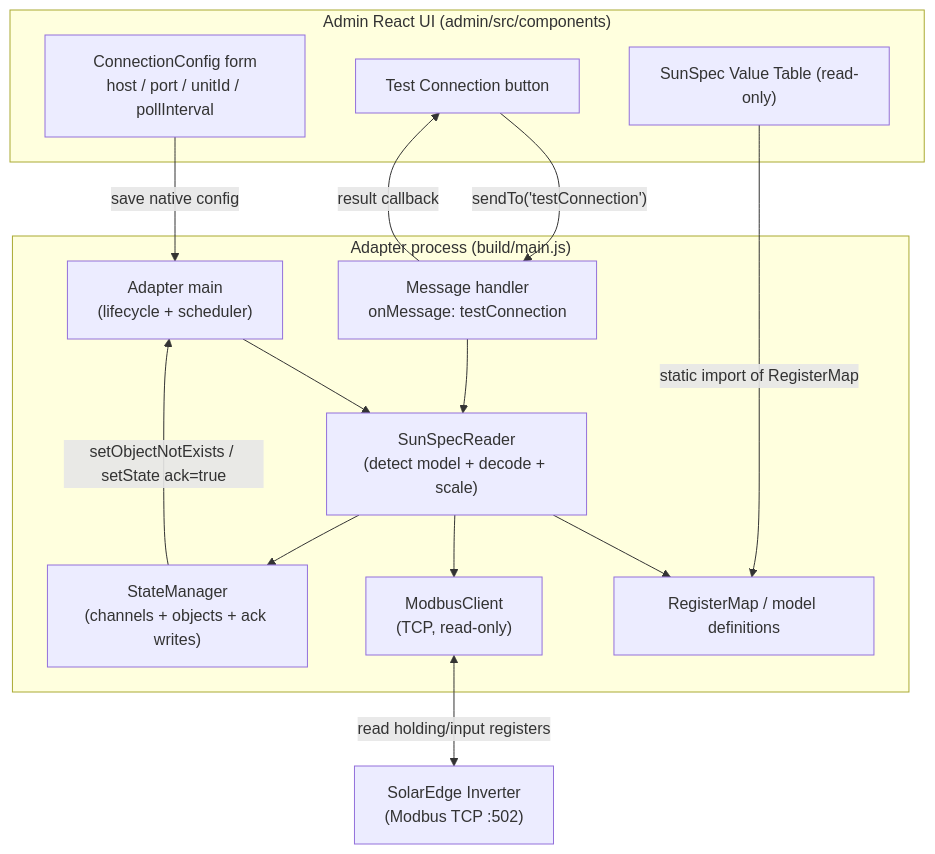
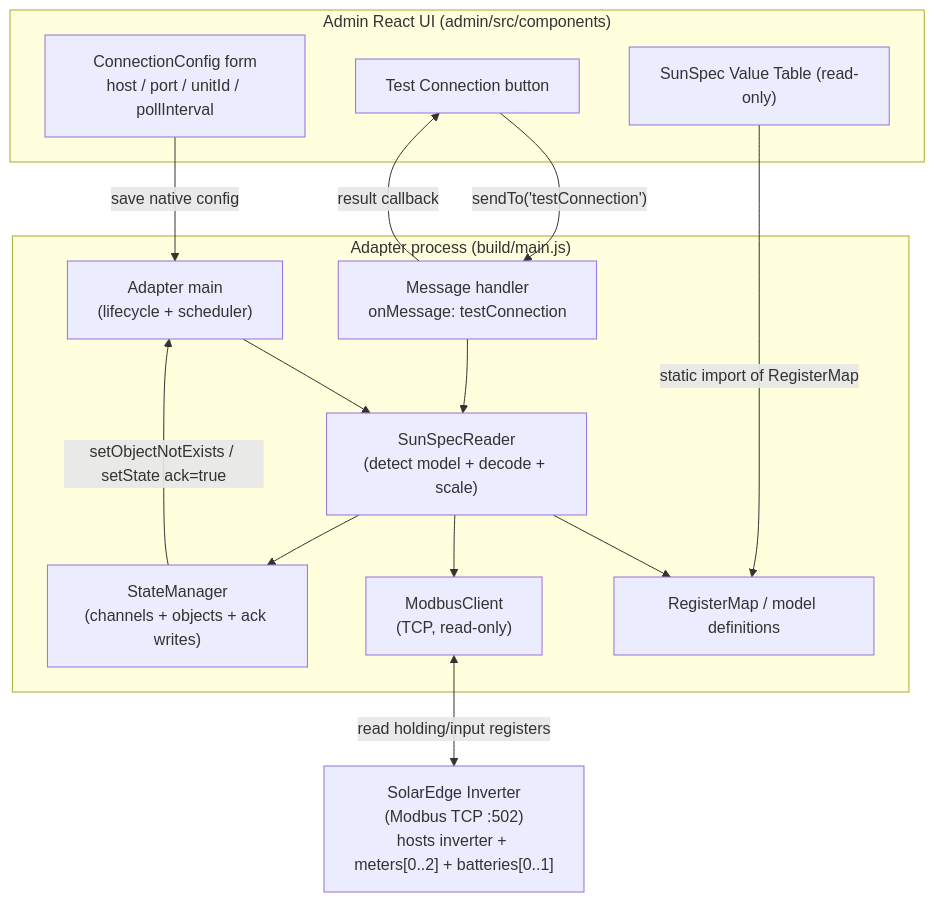
Before and after one commit to heresiarch/iobroker.sehybrid: the diagram in .kiro/specs/solaredge-sunspec-reader/design.md, drawn with Mermaid. The commit also changed other lines of this file and 28 other files, not shown here.

````diff
--- a/.kiro/specs/solaredge-sunspec-reader/design.md
+++ b/.kiro/specs/solaredge-sunspec-reader/design.md
@@ -60,32 +70,32 @@
 ```mermaid
 graph TD
     subgraph Admin["Admin React UI (admin/src/components)"]
         CFG["ConnectionConfig form<br/>host / port / unitId / pollInterval"]
         BTN["Test Connection button"]
         TBL["SunSpec Value Table (read-only)"]
     end
 
     subgraph Adapter["Adapter process (build/main.js)"]
         MAIN["Adapter main<br/>(lifecycle + scheduler)"]
         MSG["Message handler<br/>onMessage: testConnection"]
         READER["SunSpecReader<br/>(detect model + decode + scale)"]
         MODBUS["ModbusClient<br/>(TCP, read-only)"]
         MAP["RegisterMap / model definitions"]
         SM["StateManager<br/>(channels + objects + ack writes)"]
     end
 
-    INV["SolarEdge Inverter<br/>(Modbus TCP :502)"]
+    INV["SolarEdge Inverter<br/>(Modbus TCP :502)<br/>hosts inverter + meters[0..2] + batteries[0..1]"]
 
     CFG -- "save native config" --> MAIN
     BTN -- "sendTo('testConnection')" --> MSG
     MSG -- "result callback" --> BTN
     TBL -- "static import of RegisterMap" --> MAP
 
     MAIN --> READER
     MSG --> READER
     READER --> MAP
     READER --> MODBUS
     READER --> SM
     MODBUS <-- "read holding/input registers" --> INV
     SM -- "setObjectNotExists / setState ack=true" --> MAIN
 ```
````
